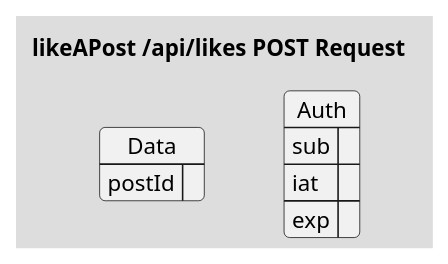
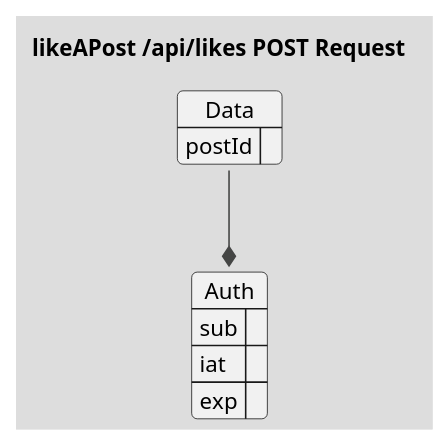
Before and after one commit to crah-app/diagrams: the first of 2 diagrams in api/src/Likes/POST/likeAPost.puml, drawn with PlantUML. The commit also changed other lines of this file and 32 other files, not shown here.

```diff
--- a/api/src/Likes/POST/likeAPost.puml
+++ b/api/src/Likes/POST/likeAPost.puml
@@ -1,14 +1,17 @@
 @startuml likeAPost-Request
 !theme toy
+skinparam linetype ortho
 title "likeAPost /api/likes POST Request"
 
 json Data {
     "postId": ""
 }
 
 json Auth {
     "sub": "",
     "iat": "",
     "exp": ""
 }
+
+Data --* Auth
 @enduml
```
